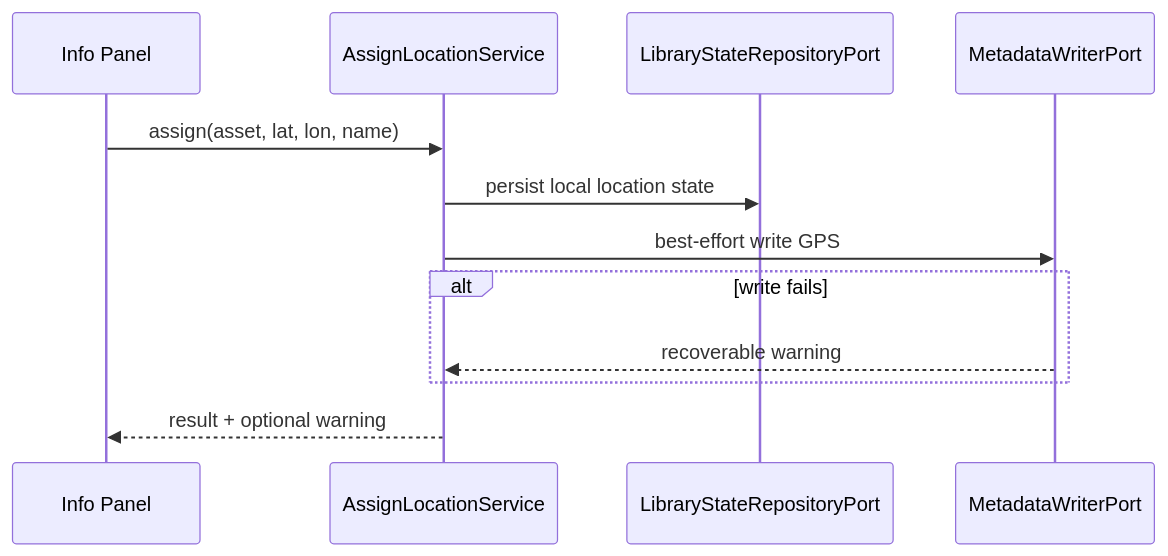
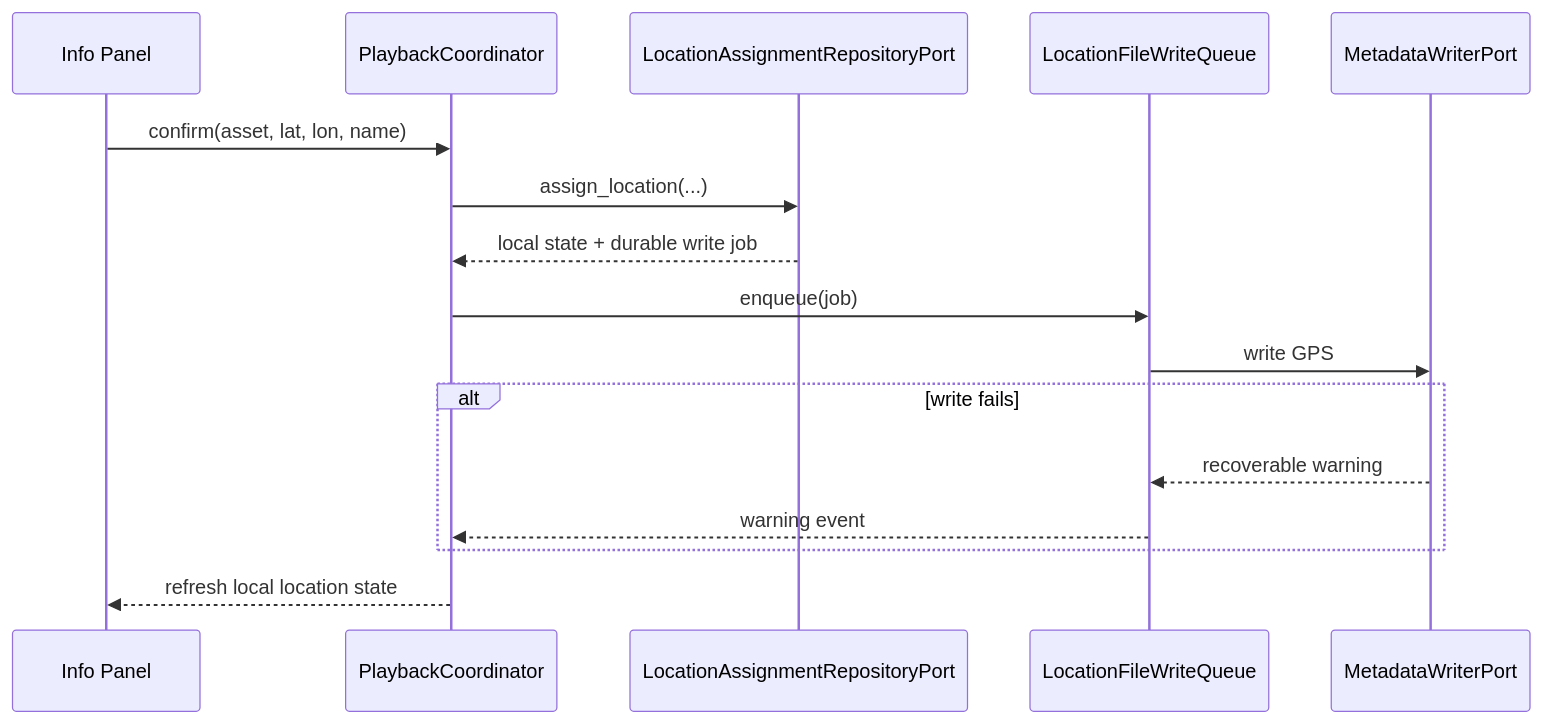
The fifth of 6 diagrams in docs/architecture.md (halft0n/iPhotron-LocalPhotoAlbumManager), drawn with Mermaid before and after one commit. The commit also changed other lines of this file and 12 other files, not shown here.

````diff
--- a/docs/architecture.md
+++ b/docs/architecture.md
@@ -444,15 +443,19 @@
 ```mermaid
 sequenceDiagram
     participant UI as Info Panel
-    participant Service as AssignLocationService
-    participant State as LibraryStateRepositoryPort
+    participant Coordinator as PlaybackCoordinator
+    participant Repository as LocationAssignmentRepositoryPort
+    participant Queue as LocationFileWriteQueue
     participant Writer as MetadataWriterPort
 
-    UI->>Service: assign(asset, lat, lon, name)
-    Service->>State: persist local location state
-    Service->>Writer: best-effort write GPS
+    UI->>Coordinator: confirm(asset, lat, lon, name)
+    Coordinator->>Repository: assign_location(...)
+    Repository-->>Coordinator: local state + durable write job
+    Coordinator->>Queue: enqueue(job)
+    Queue->>Writer: write GPS
     alt write fails
-        Writer-->>Service: recoverable warning
+        Writer-->>Queue: recoverable warning
+        Queue-->>Coordinator: warning event
     end
-    Service-->>UI: result + optional warning
+    Coordinator-->>UI: refresh local location state
 ```
````
